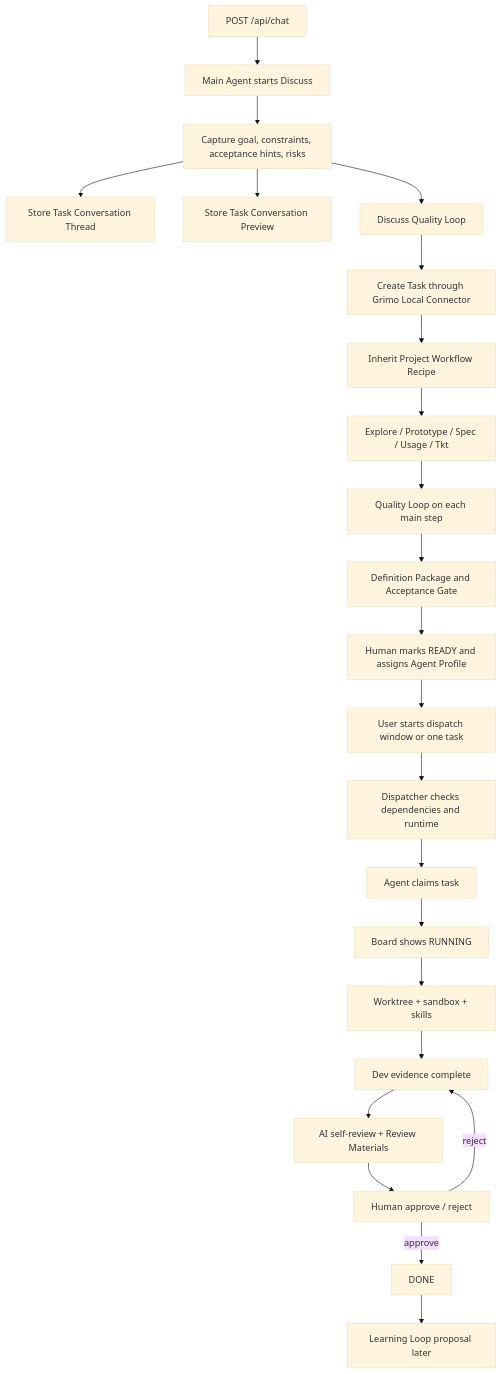
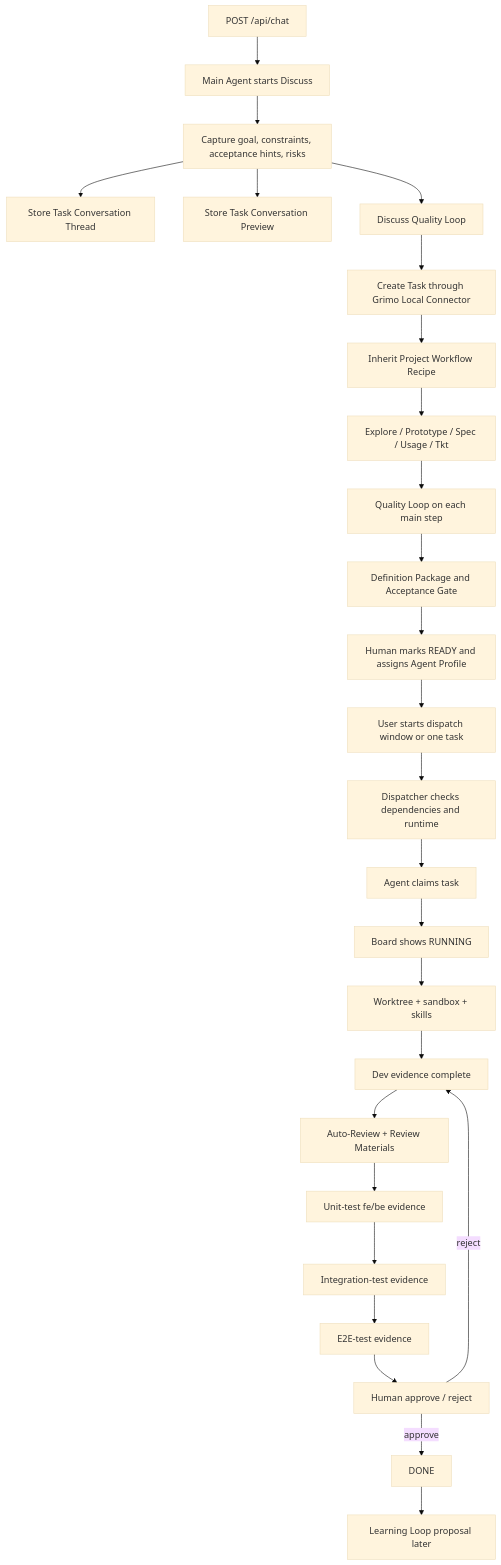
One commit to samzhu/grimoAPP changed diagram 14 of 14 in docs/grimo/PRD.md. Above: the diagram before and after it, drawn with Mermaid (base theme). The commit also changed other lines of this file and 26 other files, not shown here.

````diff
--- a/docs/grimo/PRD.md
+++ b/docs/grimo/PRD.md
@@ -815,25 +849,28 @@
 ```mermaid
 flowchart TD
   ChatApi["POST /api/chat"] --> Discuss["Main Agent starts Discuss"]
   Discuss --> Capture["Capture goal, constraints, acceptance hints, risks"]
   Capture --> Thread["Store Task Conversation Thread"]
   Capture --> Preview["Store Task Conversation Preview"]
   Capture --> DiscussQL["Discuss Quality Loop"]
   DiscussQL --> LocalTask["Create Task through Grimo Local Connector"]
   LocalTask --> Recipe["Inherit Project Workflow Recipe"]
   Recipe --> DefinitionSteps["Explore / Prototype / Spec / Usage / Tkt"]
   DefinitionSteps --> DefinitionQL["Quality Loop on each main step"]
   DefinitionQL --> Package["Definition Package and Acceptance Gate"]
   Package --> Ready["Human marks READY and assigns Agent Profile"]
   Ready --> Dispatch["User starts dispatch window or one task"]
   Dispatch --> Preflight["Dispatcher checks dependencies and runtime"]
   Preflight --> Claim["Agent claims task"]
   Claim --> Running["Board shows RUNNING"]
   Running --> Workspace["Worktree + sandbox + skills"]
   Workspace --> Dev["Dev evidence complete"]
-  Dev --> AIReview["AI self-review + Review Materials"]
-  AIReview --> HumanReview["Human approve / reject"]
+  Dev --> AutoReview["Auto-Review + Review Materials"]
+  AutoReview --> UnitTest["Unit-test fe/be evidence"]
+  UnitTest --> IntegrationTest["Integration-test evidence"]
+  IntegrationTest --> E2ETest["E2E-test evidence"]
+  E2ETest --> HumanReview["Human approve / reject"]
   HumanReview -- "approve" --> Done["DONE"]
   HumanReview -- "reject" --> Dev
   Done --> Learning["Learning Loop proposal later"]
 ```
````
